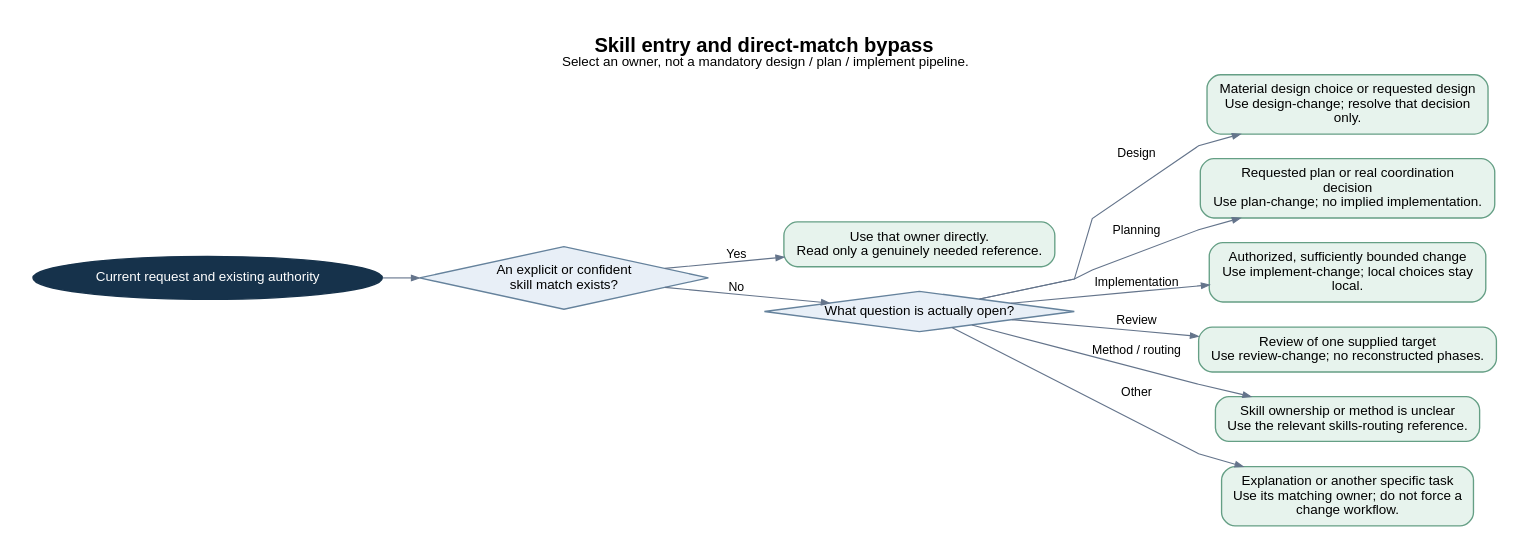
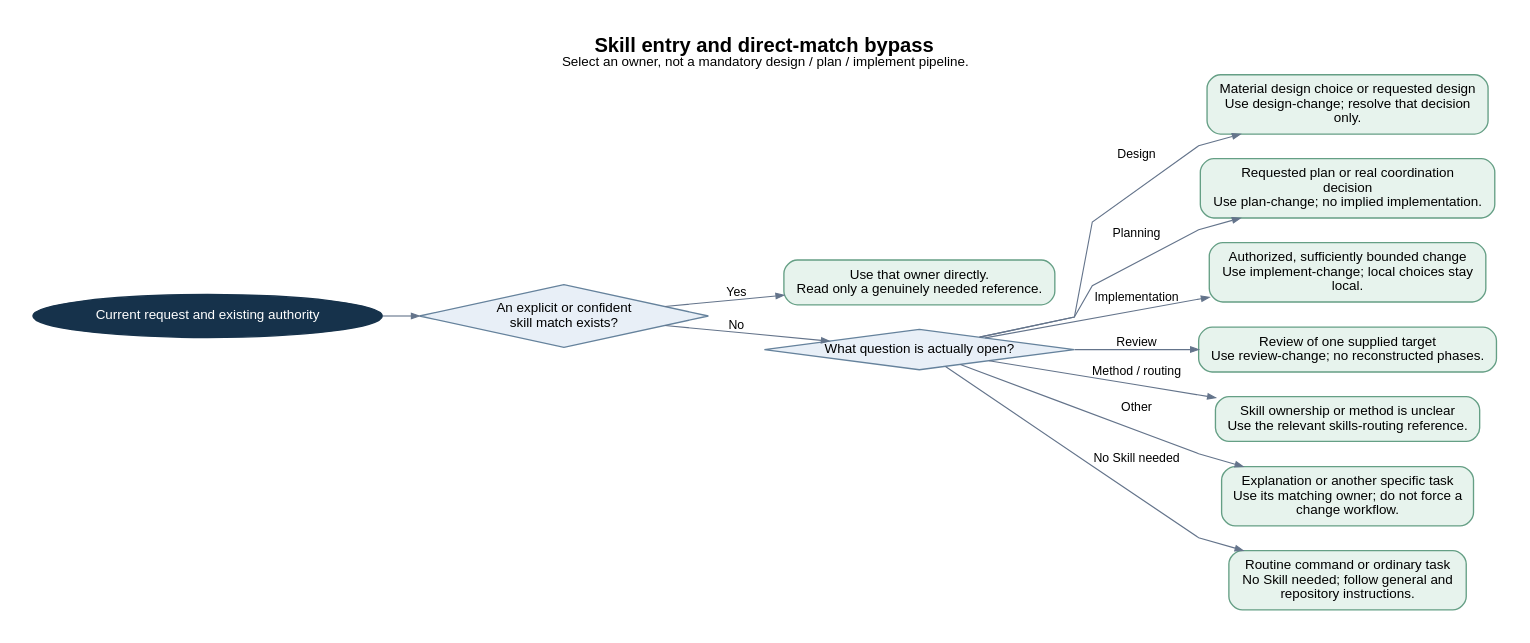
The diagram in docs/architecture/diagrams/decisions/skill-entry.dot (CsHeng/agent-skills), drawn with Graphviz before and after one commit. The commit also changed 68 other files, not shown here.

```diff
--- a/docs/architecture/diagrams/decisions/skill-entry.dot
+++ b/docs/architecture/diagrams/decisions/skill-entry.dot
@@ -1,24 +1,26 @@
 digraph decision {
 graph [rankdir=LR, bgcolor="white", pad="0.3", nodesep="0.3", ranksep="0.45", splines=polyline, fontname="Arial", fontsize=18, labelloc=t, label=<<B>Skill entry and direct-match bypass</B><BR/><FONT POINT-SIZE="12">Select an owner, not a mandatory design / plan / implement pipeline.</FONT>>];
 node [shape=box, style="rounded,filled", fillcolor="#F2F5F8", color="#9BAFC1", fontname="Arial", fontsize=12, margin="0.15,0.10", penwidth=1.2];
 edge [color="#64748B", fontname="Arial", fontsize=11, arrowsize=0.7];
   s [label="Current request and existing authority", shape="oval", fillcolor="#16324B", fontcolor="white", color="#16324B"];
   named [label="An explicit or confident\nskill match exists?", shape="diamond", style="filled", fillcolor="#E8EFF7", color="#65829C", margin="0.05,0.02"];
   direct [label="Use that owner directly.\nRead only a genuinely needed reference.", fillcolor="#E7F3ED", color="#659F85"];
   intent [label="What question is actually open?", shape="diamond", style="filled", fillcolor="#E8EFF7", color="#65829C", margin="0.05,0.02"];
   design [label="Material design choice or requested design\nUse design-change; resolve that decision\nonly.", fillcolor="#E7F3ED", color="#659F85"];
   plan [label="Requested plan or real coordination\ndecision\nUse plan-change; no implied implementation.", fillcolor="#E7F3ED", color="#659F85"];
   impl [label="Authorized, sufficiently bounded change\nUse implement-change; local choices stay\nlocal.", fillcolor="#E7F3ED", color="#659F85"];
   review [label="Review of one supplied target\nUse review-change; no reconstructed phases.", fillcolor="#E7F3ED", color="#659F85"];
   method [label="Skill ownership or method is unclear\nUse the relevant skills-routing reference.", fillcolor="#E7F3ED", color="#659F85"];
   other [label="Explanation or another specific task\nUse its matching owner; do not force a\nchange workflow.", fillcolor="#E7F3ED", color="#659F85"];
+  none [label="Routine command or ordinary task\nNo Skill needed; follow general and\nrepository instructions.", fillcolor="#E7F3ED", color="#659F85"];
   s -> named;
   named -> direct [label="Yes"];
   named -> intent [label="No"];
   intent -> design [label="Design"];
   intent -> plan [label="Planning"];
   intent -> impl [label="Implementation"];
   intent -> review [label="Review"];
   intent -> method [label="Method / routing"];
   intent -> other [label="Other"];
+  intent -> none [label="No Skill needed"];
 }
```
